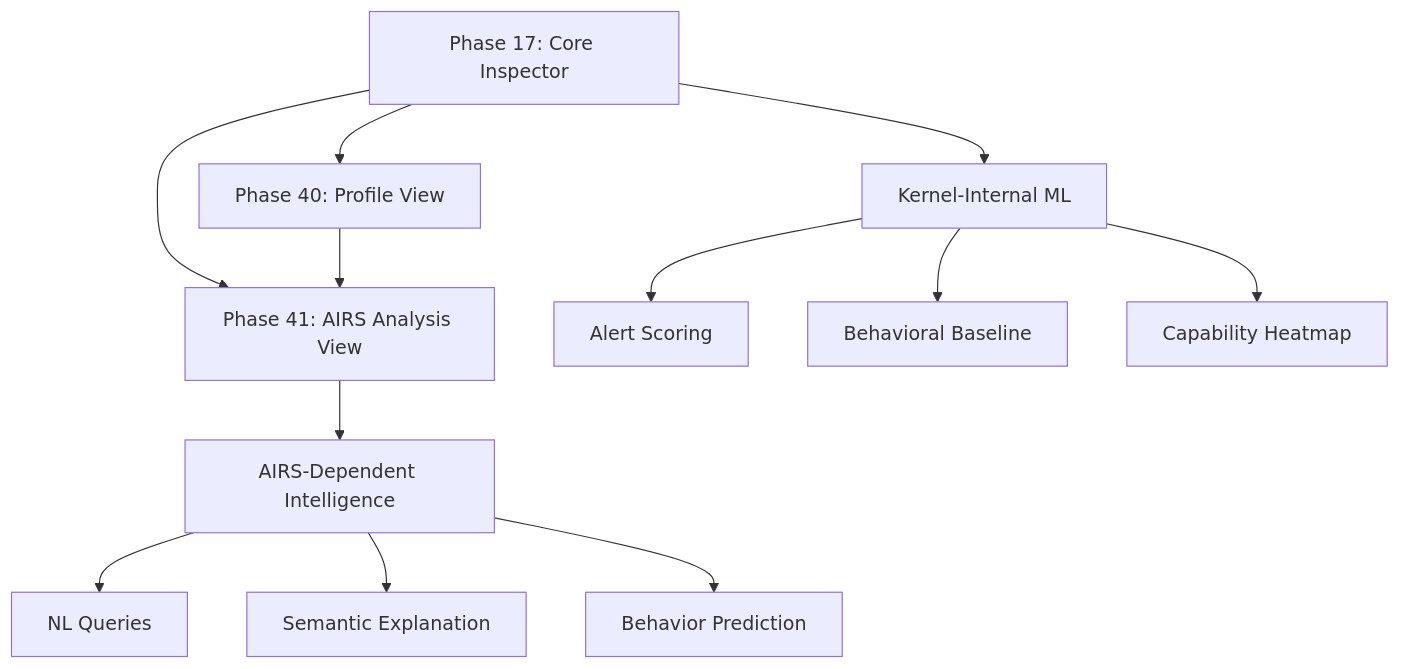
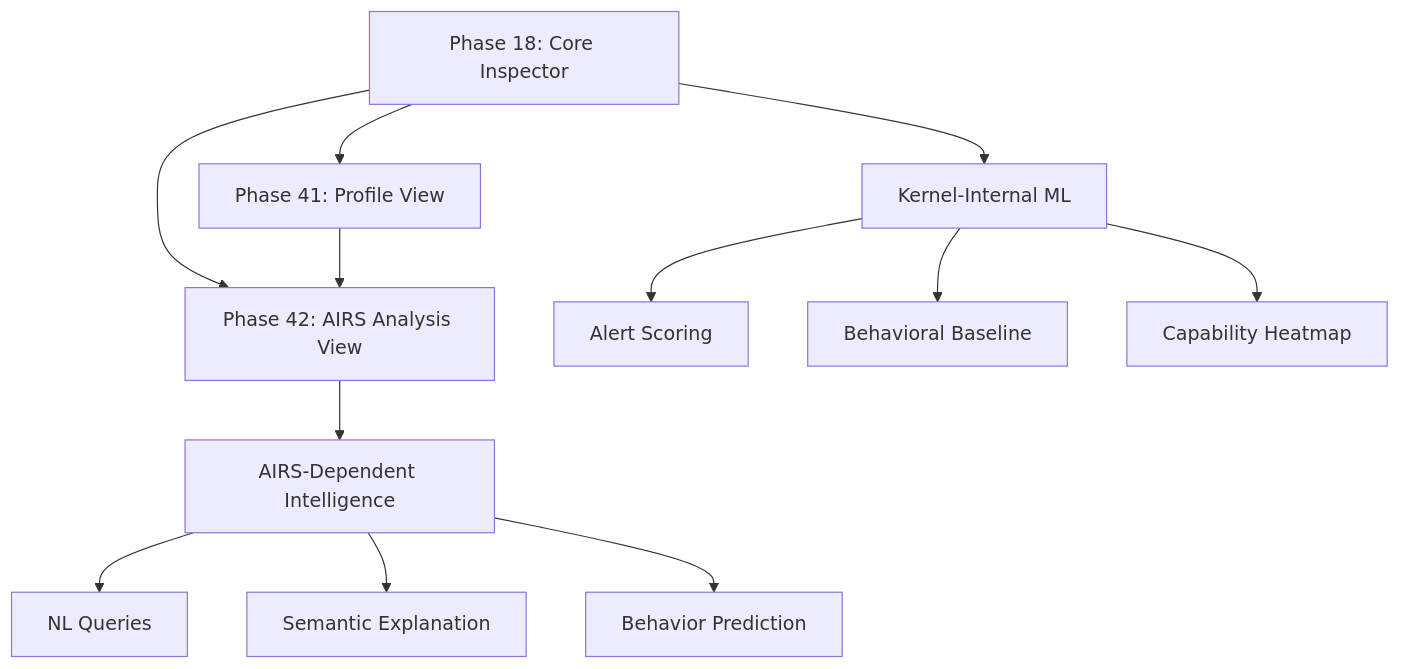
One commit to juslee/aios changed the diagram in docs/applications/inspector.md. Above: the diagram before and after it, drawn with Mermaid. The commit also changed other lines of this file and 135 other files, not shown here.

First line of the commit message:
Renumber Phase 5→6 through Phase 46→47 across architecture docs

````diff
--- a/docs/applications/inspector.md
+++ b/docs/applications/inspector.md
@@ -104,14 +104,14 @@
 ```mermaid
 graph TD
-    A[Phase 17: Core Inspector] --> B[Phase 40: Profile View]
-    A --> C[Phase 41: AIRS Analysis View]
+    A[Phase 18: Core Inspector] --> B[Phase 41: Profile View]
+    A --> C[Phase 42: AIRS Analysis View]
     B --> C
     A --> D[Kernel-Internal ML]
     D --> E[Alert Scoring]
     D --> F[Behavioral Baseline]
     D --> G[Capability Heatmap]
     C --> H[AIRS-Dependent Intelligence]
     H --> I[NL Queries]
     H --> J[Semantic Explanation]
     H --> K[Behavior Prediction]
 ```
````
